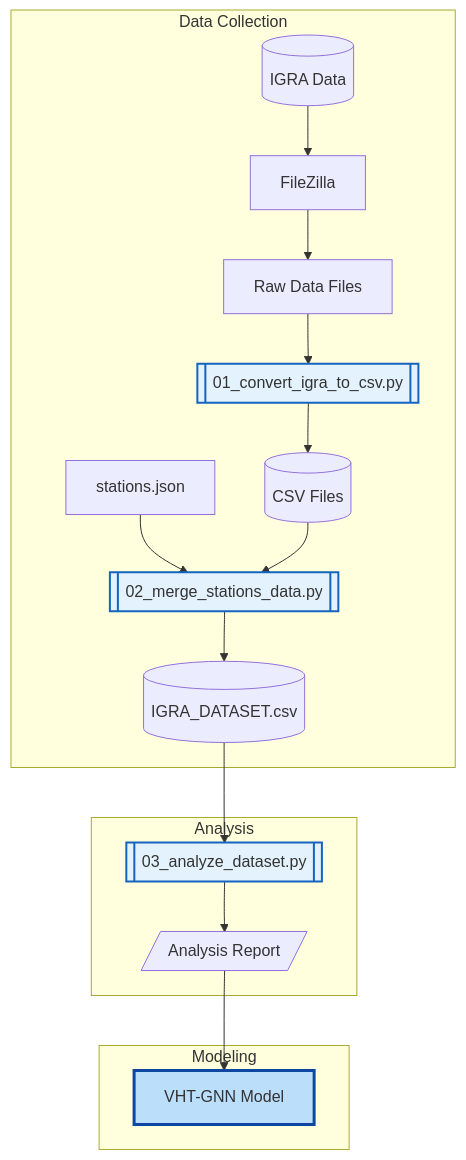
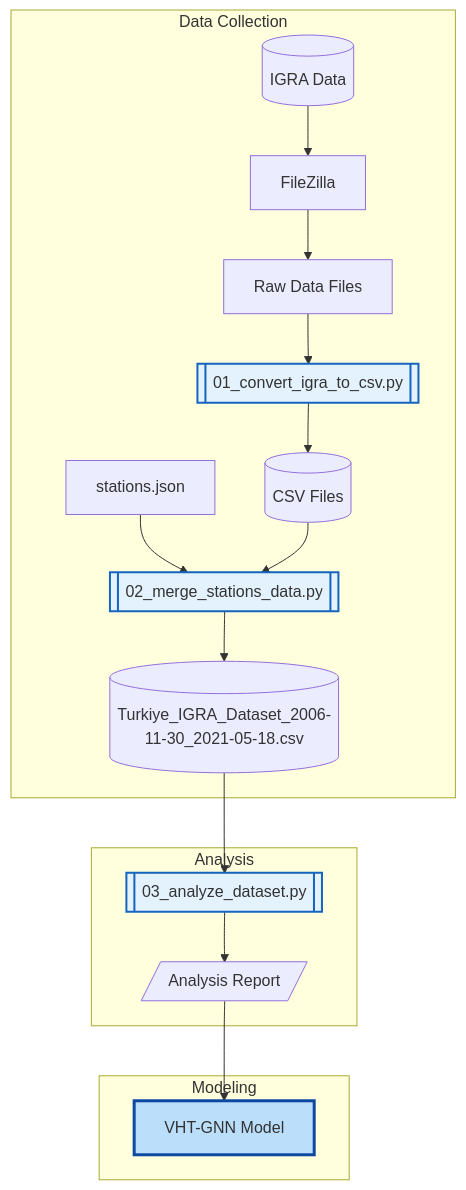
The diagram in data_collection/README.md (alsnakty/radiosonde_GNN), drawn with Mermaid before and after one commit. The commit also changed other lines of this file and 2 other files, not shown here.

Commit message:
Document dataset path and fix output filename in docs

````diff
--- a/data_collection/README.md
+++ b/data_collection/README.md
@@ -7,24 +7,24 @@
 ```mermaid
 graph TD
     subgraph Data_Collection [Data Collection]
         A[(IGRA Data)] --> B[FileZilla]
         B --> C[Raw Data Files]
         C --> D[[01_convert_igra_to_csv.py]]
         D --> E[(CSV Files)]
         F[stations.json] --> G[[02_merge_stations_data.py]]
         E --> G
-        G --> H[(IGRA_DATASET.csv)]
+        G --> H[(Turkiye_IGRA_Dataset_2006-11-30_2021-05-18.csv)]
     end
     subgraph Analysis [Analysis]
         H --> I[[03_analyze_dataset.py]]
         I --> J[/Analysis Report/]
     end
     subgraph Modeling [Modeling]
         J --> K[VHT-GNN Model]
     end
     
     style D fill:#e3f2fd,stroke:#1565c0,stroke-width:2px
     style G fill:#e3f2fd,stroke:#1565c0,stroke-width:2px
     style I fill:#e3f2fd,stroke:#1565c0,stroke-width:2px
     style K fill:#bbdefb,stroke:#0d47a1,stroke-width:3px
 ```
````
